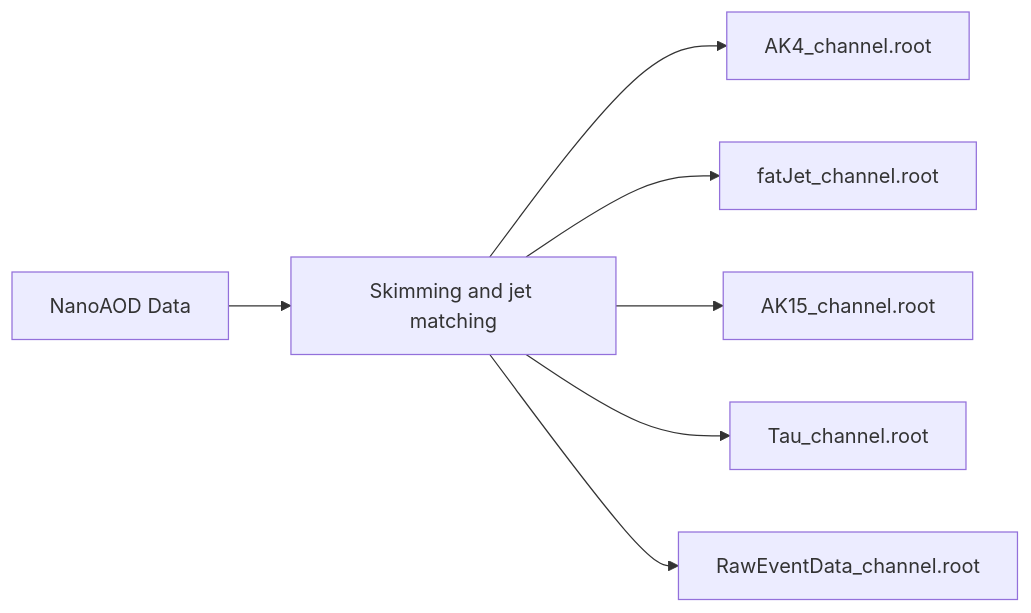
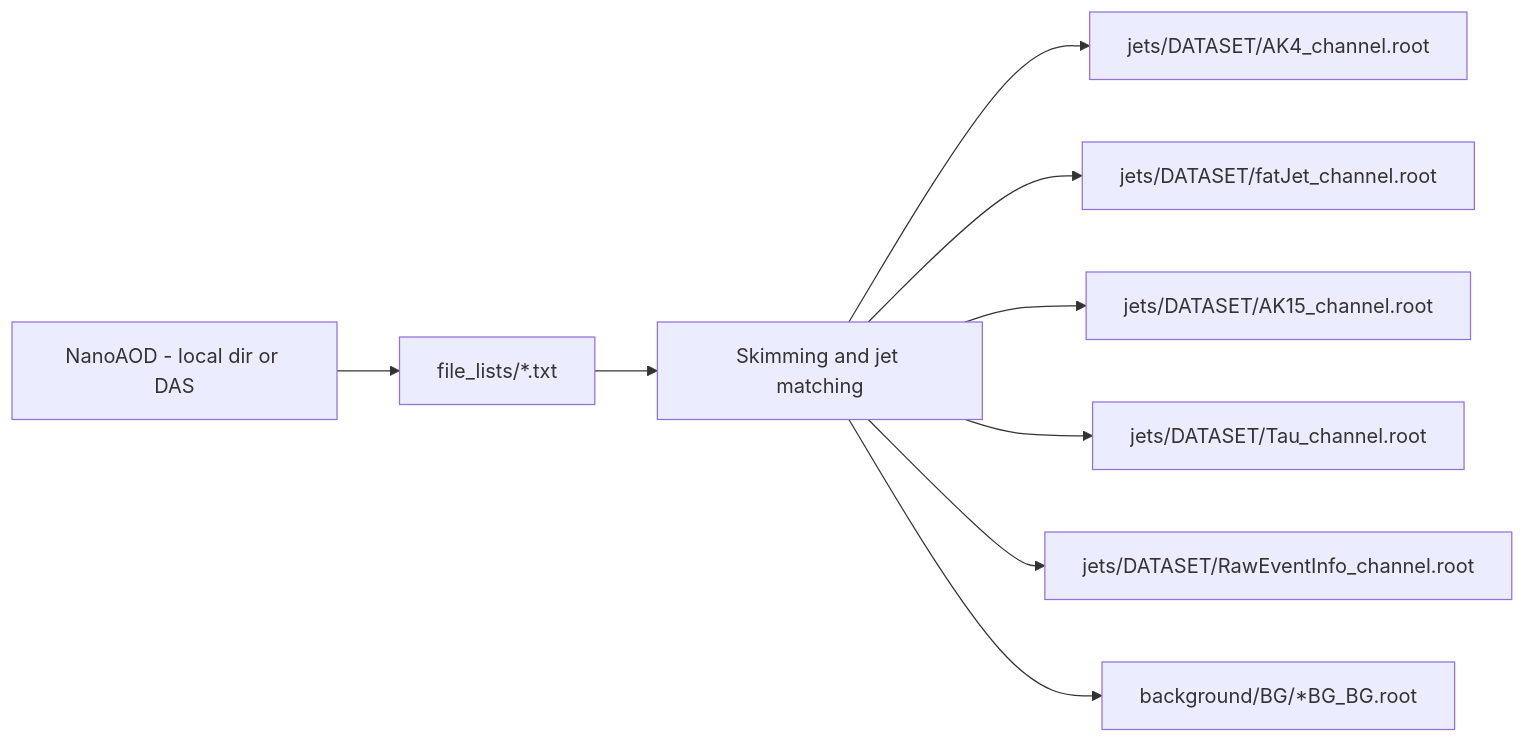
Before and after one commit to roinemilko/Htautau: the diagram in data_workflow/README.md, drawn with Mermaid. The commit also changed other lines of this file and 17 other files, not shown here.

````diff
--- a/data_workflow/README.md
+++ b/data_workflow/README.md
@@ -3,9 +4,11 @@
 ```mermaid
 flowchart LR
-A[NanoAOD Data] --> B[Skimming and jet matching] 
-B-->C[AK4_channel.root]
-B-->D[fatJet_channel.root]
-B-->E[AK15_channel.root ]
-B-->F[Tau_channel.root]
-B-->G[RawEventData_channel.root]
+A[NanoAOD - local dir or DAS] --> B[file_lists/*.txt]
+B --> C[Skimming and jet matching]
+C --> D[jets/DATASET/AK4_channel.root]
+C --> E[jets/DATASET/fatJet_channel.root]
+C --> F[jets/DATASET/AK15_channel.root]
+C --> G[jets/DATASET/Tau_channel.root]
+C --> H[jets/DATASET/RawEventInfo_channel.root]
+C --> I[background/BG/*BG_BG.root]
 ```
````
